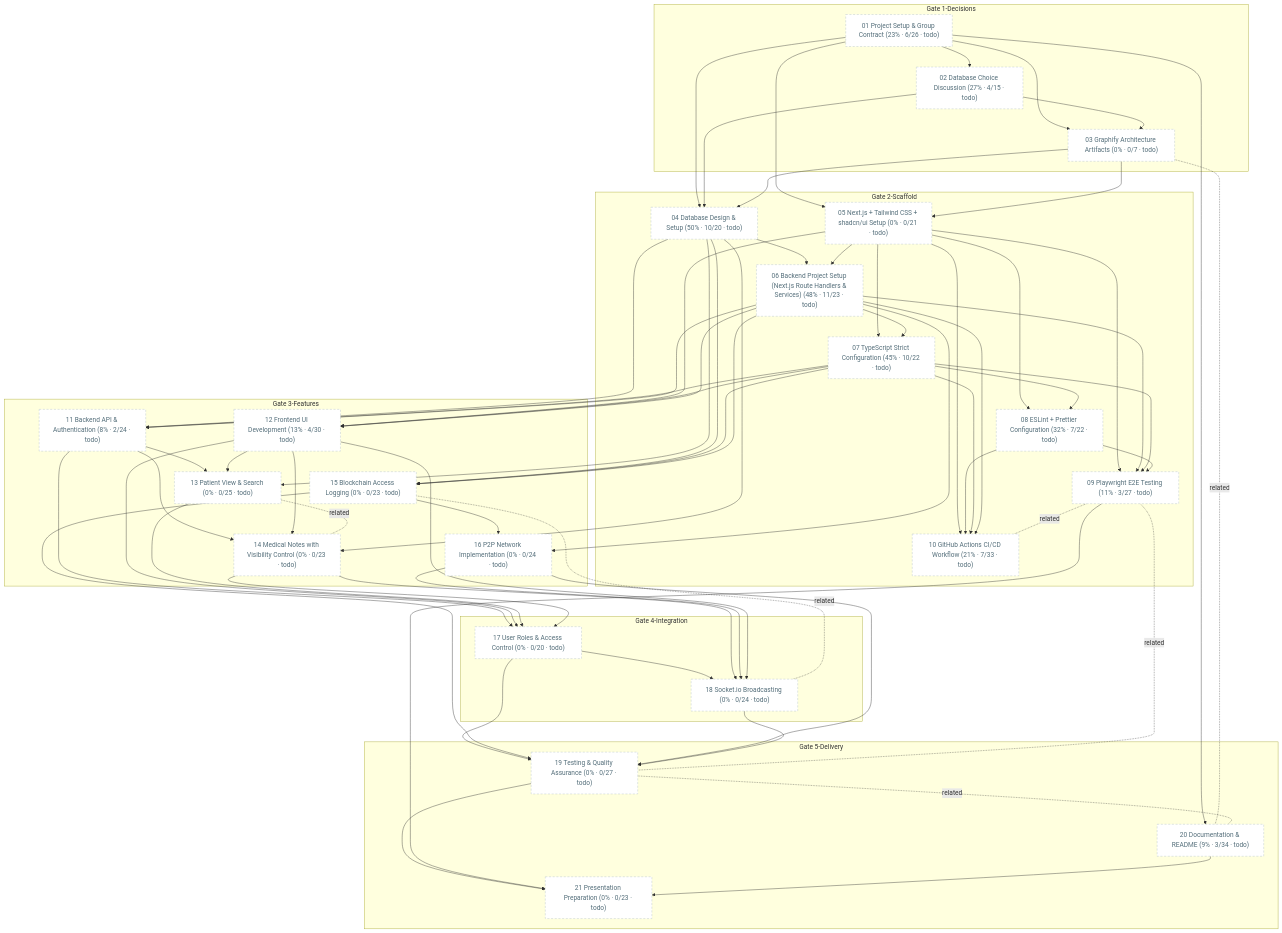
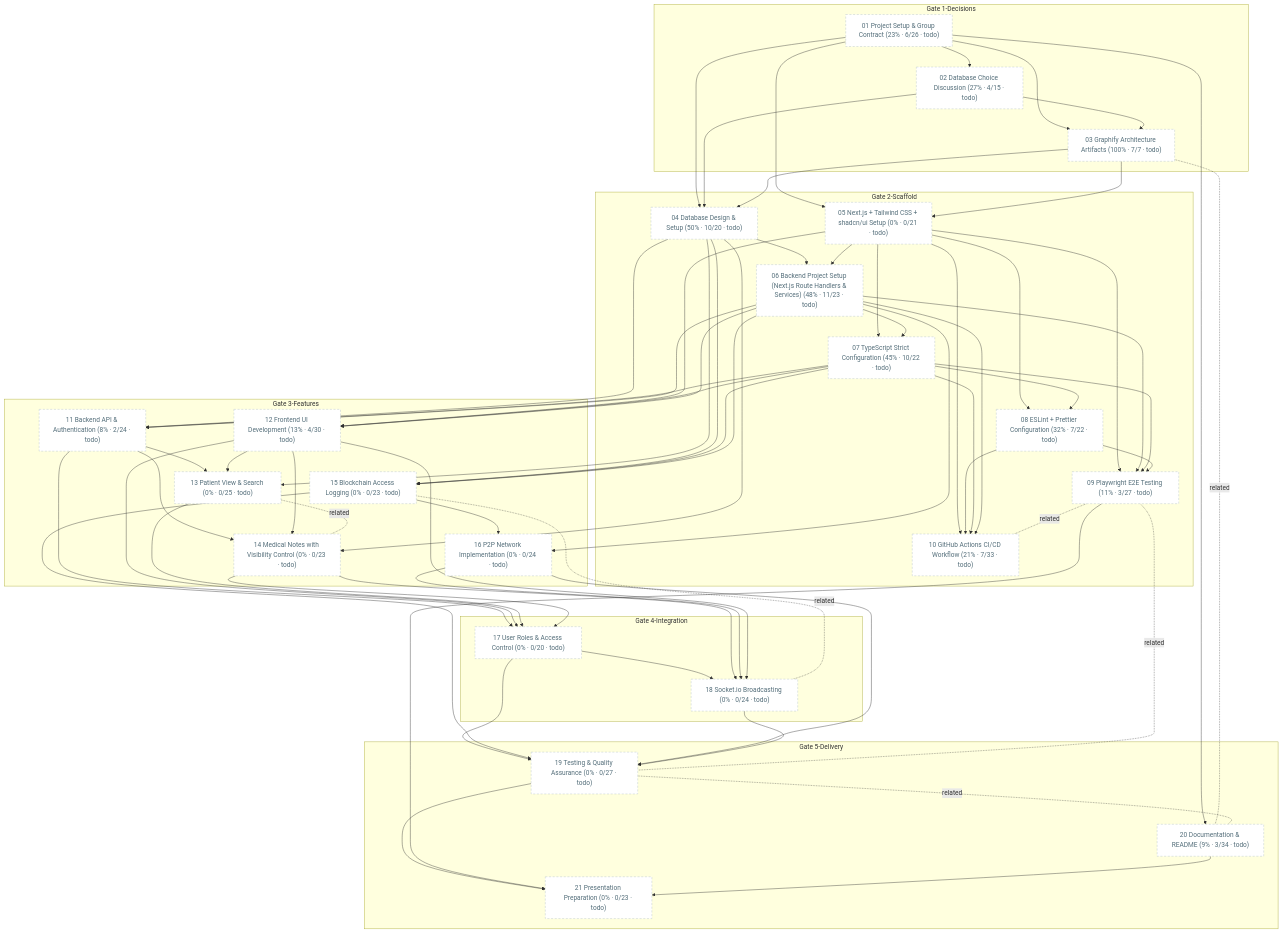
One commit to matdevstamp/inl-3-awesome-journal changed the diagram in docs/diagrams/task-dependencies.md. Above: the diagram before and after it, drawn with Mermaid. The commit also changed 6 other files, not shown here.

Commit message:
docs: add graphify architecture artifacts and review (task 03)

```diff
--- a/docs/diagrams/task-dependencies.md
+++ b/docs/diagrams/task-dependencies.md
@@ -32,7 +32,7 @@
     subgraph decisions["Gate 1-Decisions"]
     T01["01 Project Setup & Group Contract (23% · 6/26 · todo)"]
     T02["02 Database Choice Discussion (27% · 4/15 · todo)"]
-    T03["03 Graphify Architecture Artifacts (0% · 0/7 · todo)"]
+    T03["03 Graphify Architecture Artifacts (100% · 7/7 · todo)"]
     end
     subgraph scaffold["Gate 2-Scaffold"]
     T04["04 Database Design & Setup (50% · 10/20 · todo)"]
```
